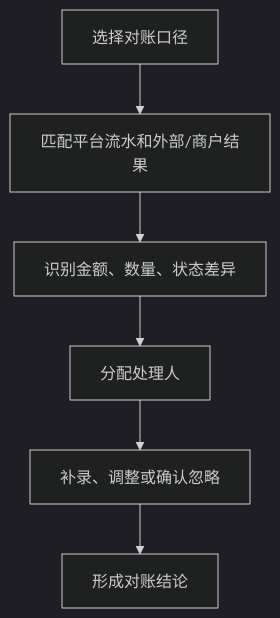
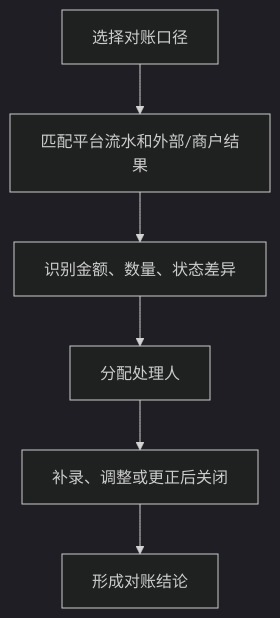
Before and after one commit to jxh1979/mall: the second of 3 diagrams in docs/finance-settlement-product-prd-v0.1.md, drawn with Mermaid (dark theme). The commit also changed other lines of this file and 16 other files, not shown here.

````diff
--- a/docs/finance-settlement-product-prd-v0.1.md
+++ b/docs/finance-settlement-product-prd-v0.1.md
@@ -256,8 +332,8 @@
 ```mermaid
 flowchart TD
   A["选择对账口径"] --> B["匹配平台流水和外部/商户结果"]
   B --> C["识别金额、数量、状态差异"]
   C --> D["分配处理人"]
-  D --> E["补录、调整或确认忽略"]
+  D --> E["补录、调整或更正后关闭"]
   E --> F["形成对账结论"]
 ```
````
